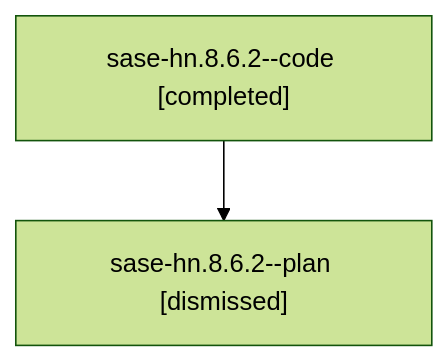
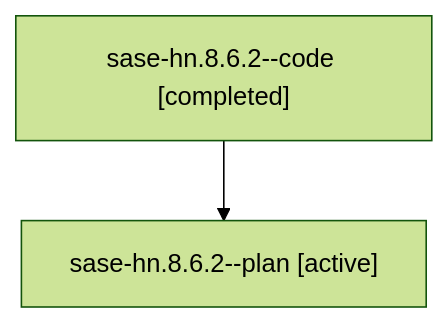
One commit to sase-org/sase--agents changed the diagram in families/bbugyi200.athena.sase-hn.8.6.2.md. Above: the diagram before and after it, drawn with Mermaid (forest theme). The commit also changed other lines of this file and 35830 other files, not shown here.

````diff
--- a/families/bbugyi200.athena.sase-hn.8.6.2.md
+++ b/families/bbugyi200.athena.sase-hn.8.6.2.md
@@ -9,6 +9,6 @@
 ```mermaid
 flowchart TD
   n0["sase-hn.8.6.2--code [completed]"]
-  n1["sase-hn.8.6.2--plan [dismissed]"]
+  n1["sase-hn.8.6.2--plan [active]"]
   n0 --> n1
 ```
````
